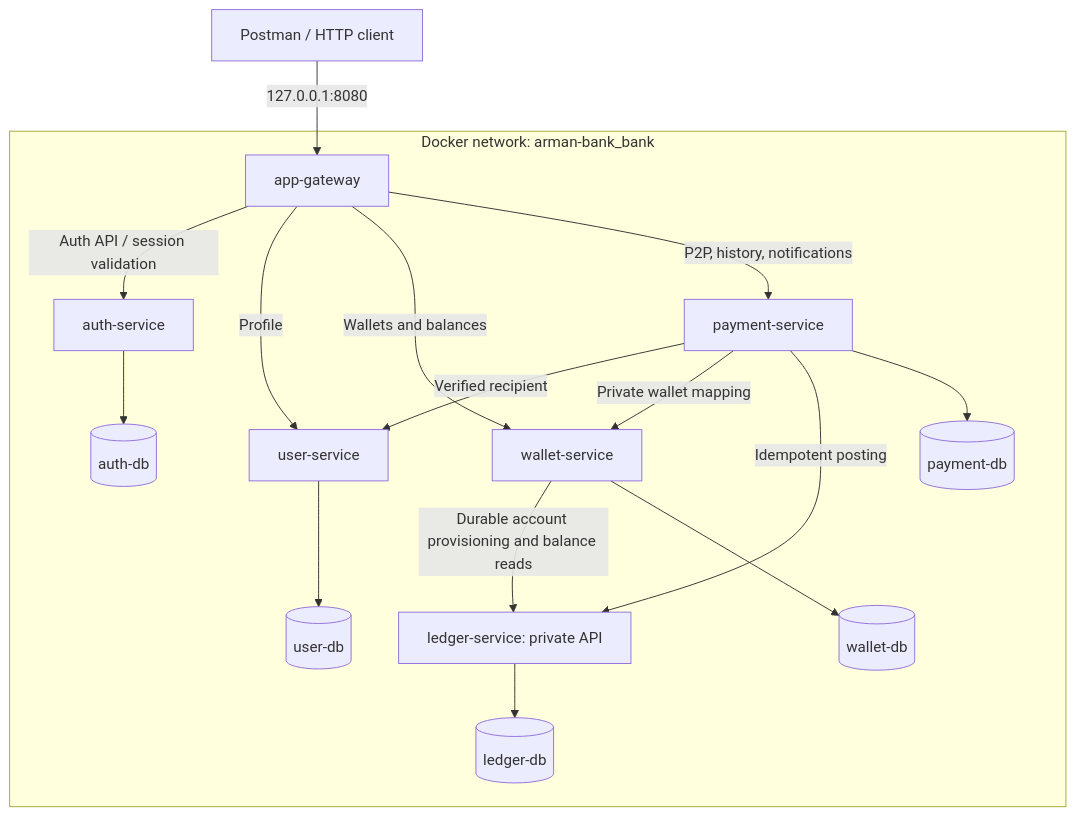
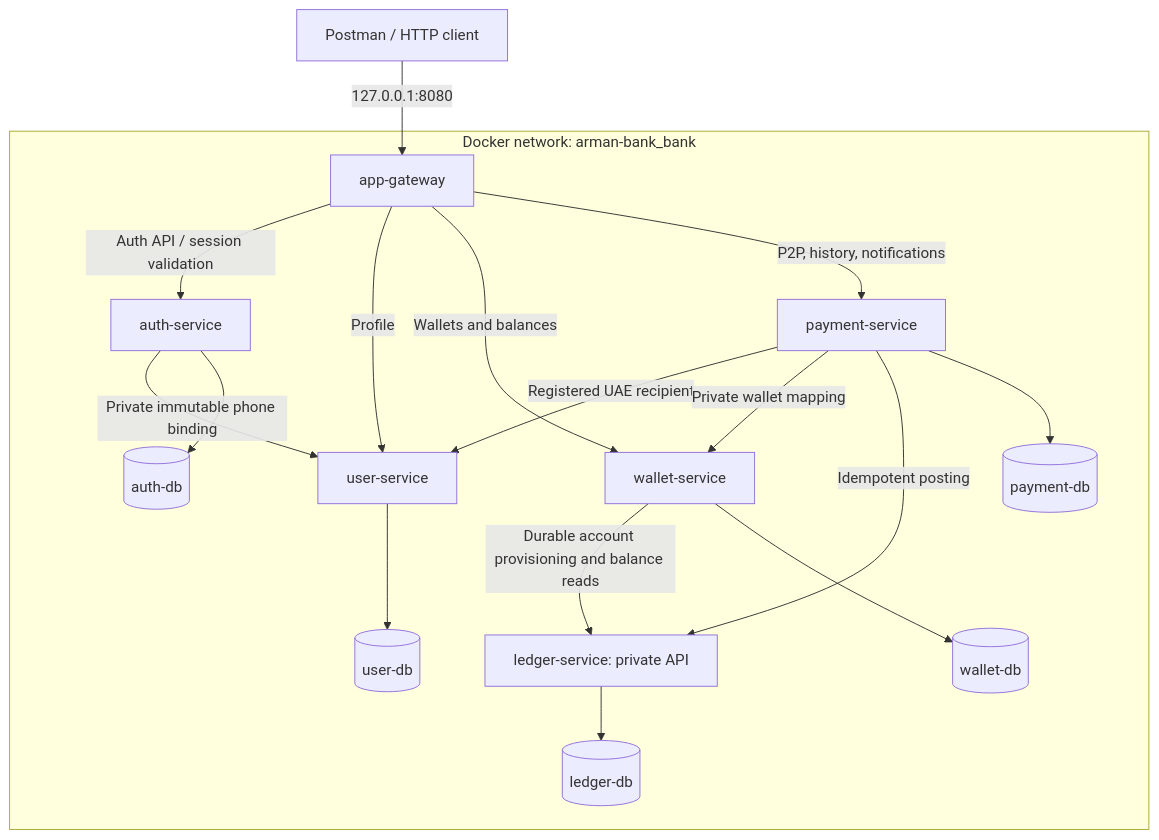
The first of 15 diagrams in ARCHITECTURE.md (aarbabaev/ArMoney), drawn with Mermaid before and after one commit. The commit also changed other lines of this file and 66 other files, not shown here.

Commit message:
Require unique UAE registration phones and bind phone recipients

````diff
--- a/ARCHITECTURE.md
+++ b/ARCHITECTURE.md
@@ -50,20 +50,21 @@
 ```mermaid
 flowchart TB
     C["Postman / HTTP client"] -->|"127.0.0.1:8080"| G["app-gateway"]
     subgraph NET["Docker network: arman-bank_bank"]
         G -->|"Auth API / session validation"| A["auth-service"]
         G -->|"Profile"| U["user-service"]
         G -->|"Wallets and balances"| W["wallet-service"]
         G -->|"P2P, history, notifications"| P["payment-service"]
-        P -->|"Verified recipient"| U
+        P -->|"Registered UAE recipient"| U
+        A -->|"Private immutable phone binding"| U
         P -->|"Private wallet mapping"| W
         P -->|"Idempotent posting"| L
         L["ledger-service: private API"]
         W -->|"Durable account provisioning and balance reads"| L
         A --> AD[("auth-db")]
         U --> UD[("user-db")]
         W --> WD[("wallet-db")]
         P --> PD[("payment-db")]
         L --> LD[("ledger-db")]
     end
 ```
````
